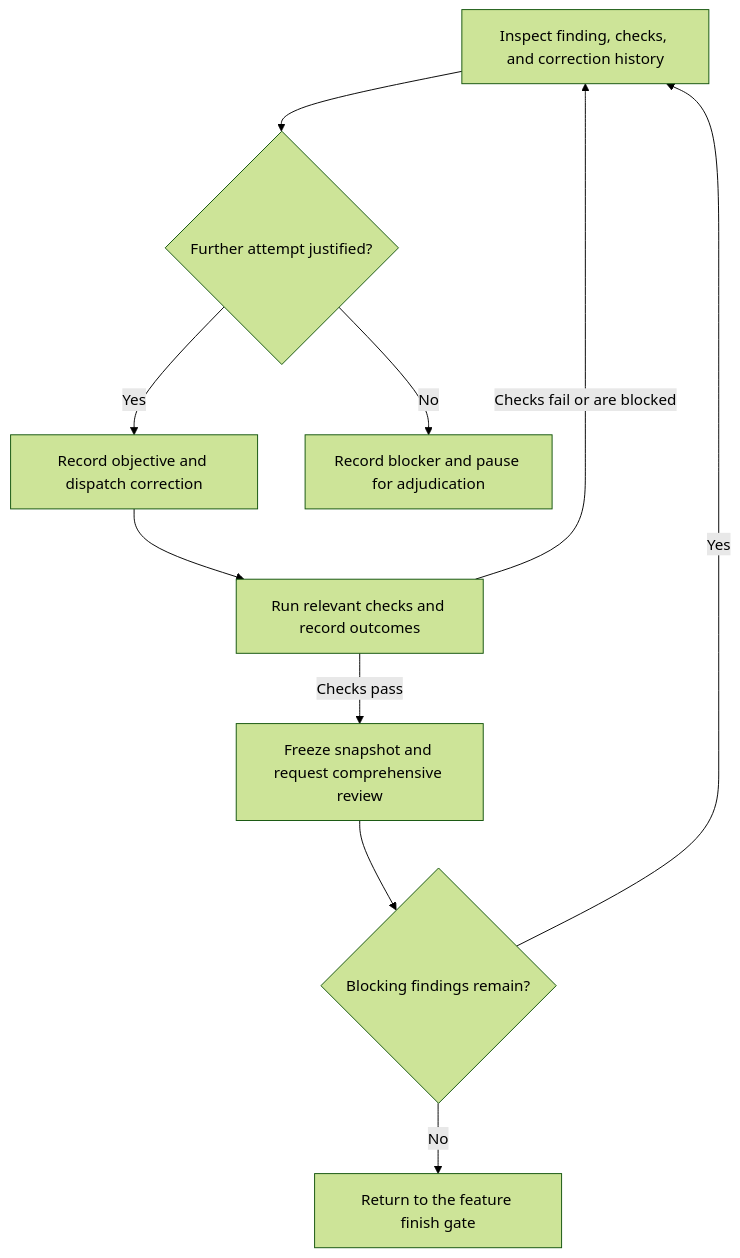
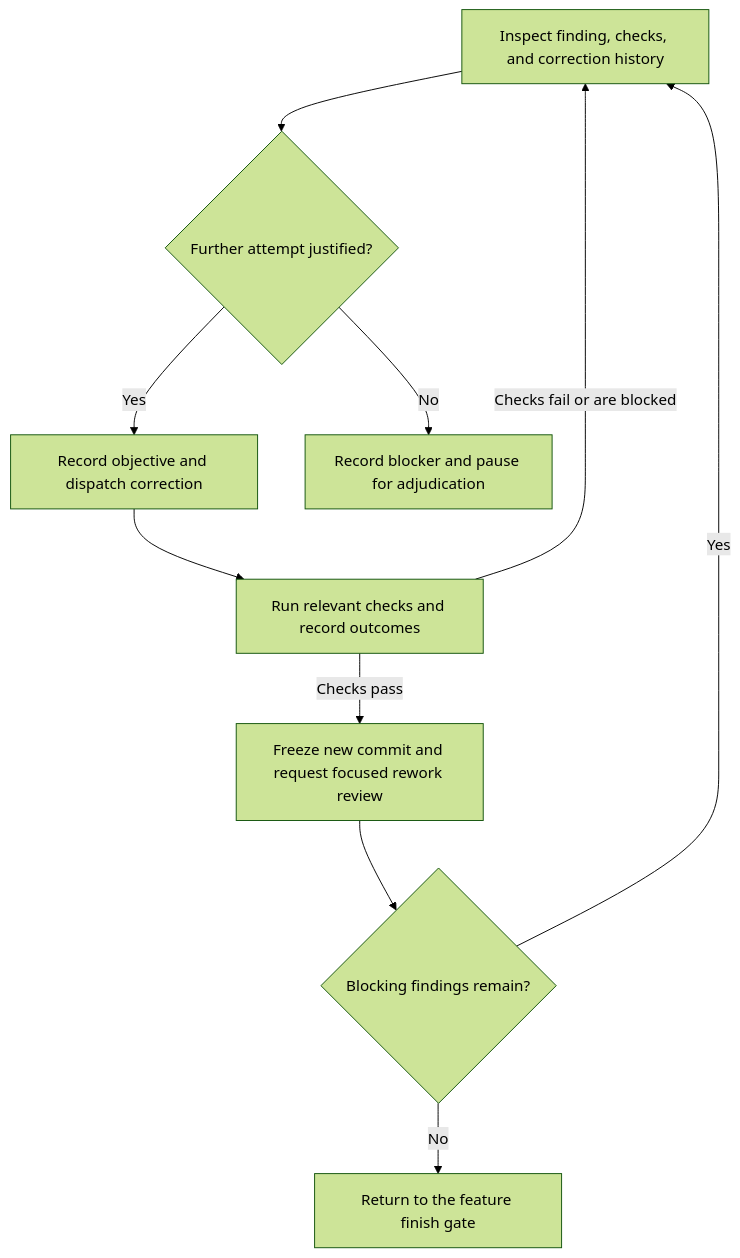
Before and after one commit to UseTheFork/spindle: the diagram in .github/skills/int-subagent-driven-dev/references/corrective-rounds.md, drawn with Mermaid (forest theme). The commit also changed other lines of this file and 76 other files, not shown here.

````diff
--- a/.github/skills/int-subagent-driven-dev/references/corrective-rounds.md
+++ b/.github/skills/int-subagent-driven-dev/references/corrective-rounds.md
@@ -13,12 +13,12 @@
 ```mermaid
 flowchart TD
     A[Inspect finding, checks, and correction history] --> B{Further attempt justified?}
     B -- Yes --> C[Record objective and dispatch correction]
     B -- No --> X[Record blocker and pause for adjudication]
     C --> D[Run relevant checks and record outcomes]
-    D -- Checks pass --> E[Freeze snapshot and request comprehensive review]
+    D -- Checks pass --> E[Freeze new commit and request focused rework review]
     D -- Checks fail or are blocked --> A
     E --> F{Blocking findings remain?}
     F -- Yes --> A
     F -- No --> Y[Return to the feature finish gate]
 ```
````
